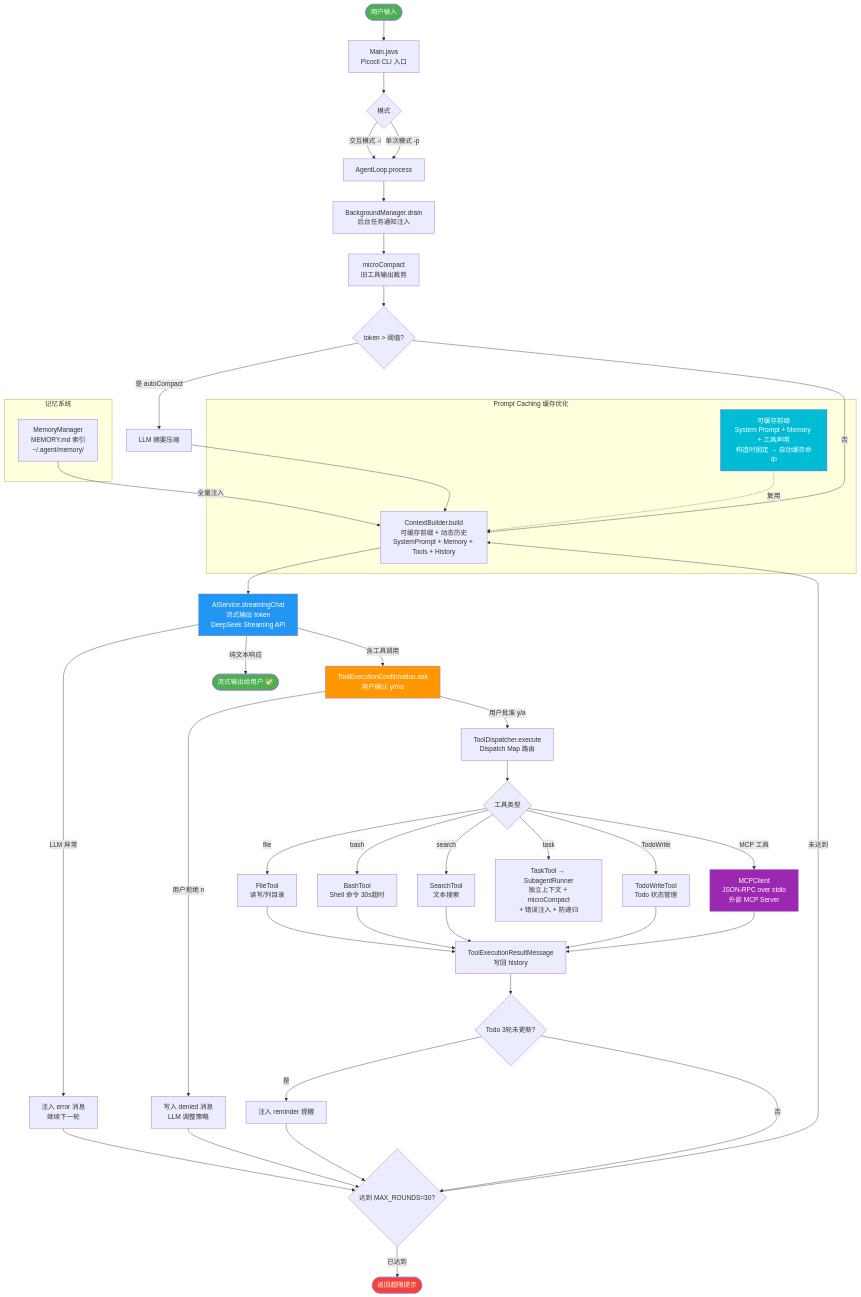
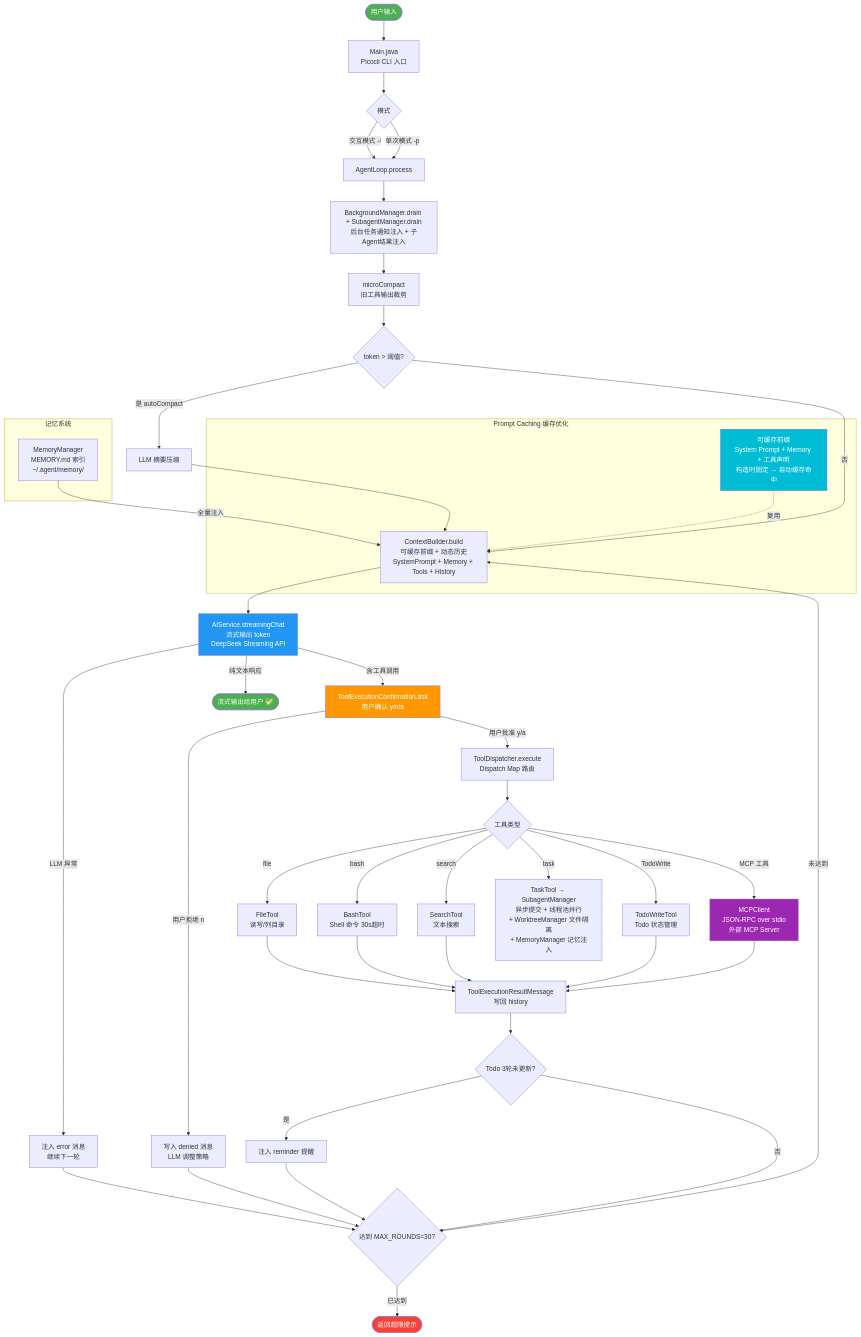
Before and after one commit to cookie250825/mvp-claude-code: the diagram in README.md, drawn with Mermaid. The commit also changed other lines of this file and 9 other files, not shown here.

````diff
--- a/README.md
+++ b/README.md
@@ -13,64 +13,64 @@
 ```mermaid
 flowchart TD
     A([用户输入]) --> B[Main.java\nPicocli CLI 入口]
     B --> C{模式}
     C -->|交互模式 -i| D[AgentLoop.process]
     C -->|单次模式 -p| D
 
-    D --> D2[BackgroundManager.drain\n后台任务通知注入]
+    D --> D2[BackgroundManager.drain + SubagentManager.drain\n后台任务通知注入 + 子Agent结果注入]
     D2 --> D3[microCompact\n旧工具输出裁剪]
     D3 --> D4{token > 阈值?}
     D4 -->|是 autoCompact| D5[LLM 摘要压缩]
     D4 -->|否| E
     D5 --> E
 
     E[ContextBuilder.build\n可缓存前缀 + 动态历史\nSystemPrompt + Memory + Tools + History]
 
     E --> F[AIService.streamingChat\n流式输出 token\nDeepSeek Streaming API]
 
     F -->|LLM 异常| G[注入 error 消息\n继续下一轮]
     G --> H{达到 MAX_ROUNDS=30?}
 
     F -->|纯文本响应| I([流式输出给用户 ✅])
 
     F -->|含工具调用| TC[ToolExecutionConfirmation.ask\n用户确认 y/n/a]
 
     TC -->|用户拒绝 n| RJ[写入 denied 消息\nLLM 调整策略]
     RJ --> H
 
     TC -->|用户批准 y/a| J[ToolDispatcher.execute\nDispatch Map 路由]
 
     J --> K{工具类型}
     K -->|file| L[FileTool\n读写/列目录]
     K -->|bash| M[BashTool\nShell 命令 30s超时]
     K -->|search| N[SearchTool\n文本搜索]
-    K -->|task| O[TaskTool → SubagentRunner\n独立上下文 + microCompact\n+ 错误注入 + 防递归]
+    K -->|task| O[TaskTool → SubagentManager\n异步提交 + 线程池并行\n+ WorktreeManager 文件隔离\n+ MemoryManager 记忆注入]
     K -->|TodoWrite| P[TodoWriteTool\nTodo 状态管理]
     K -->|MCP 工具| Q[MCPClient\nJSON-RPC over stdio\n外部 MCP Server]
 
     L & M & N & P & Q --> S[ToolExecutionResultMessage\n写回 history]
     S --> T{Todo 3轮未更新?}
     T -->|是| U[注入 reminder 提醒]
     T -->|否| H
     U --> H
     H -->|未达到| E
     H -->|已达到| Y([返回超限提示])
 
     subgraph 缓存优化["Prompt Caching 缓存优化"]
         CP[可缓存前缀\nSystem Prompt + Memory + 工具声明\n构造时固定 → 自动缓存命中]
         CP -.->|复用| E
     end
 
     subgraph 记忆系统
         Z[MemoryManager\nMEMORY.md 索引\n~/.agent/memory/]
         Z -->|全量注入| E
     end
 
     style A fill:#4CAF50,color:#fff
     style I fill:#4CAF50,color:#fff
     style Y fill:#f44336,color:#fff
     style F fill:#2196F3,color:#fff
     style TC fill:#FF9800,color:#fff
     style Q fill:#9C27B0,color:#fff
     style CP fill:#00BCD4,color:#fff
 ```
````
